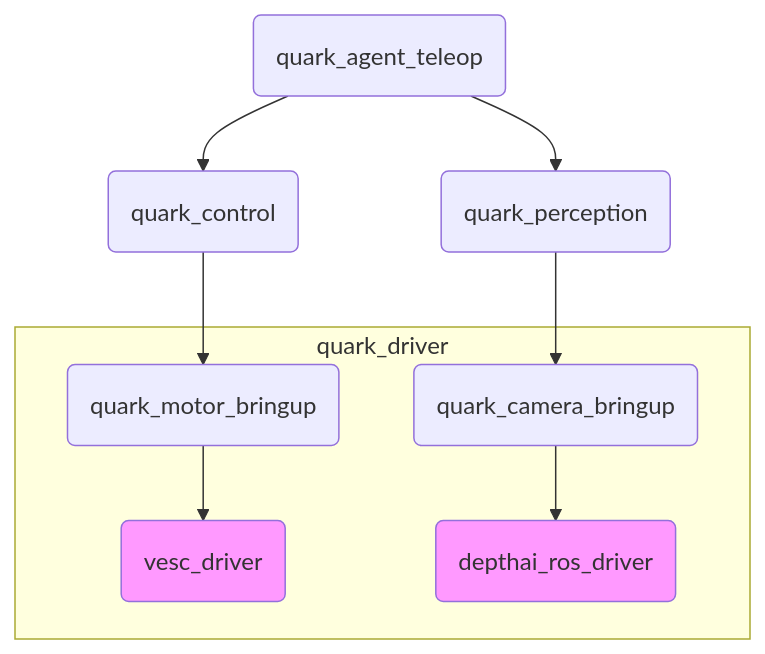
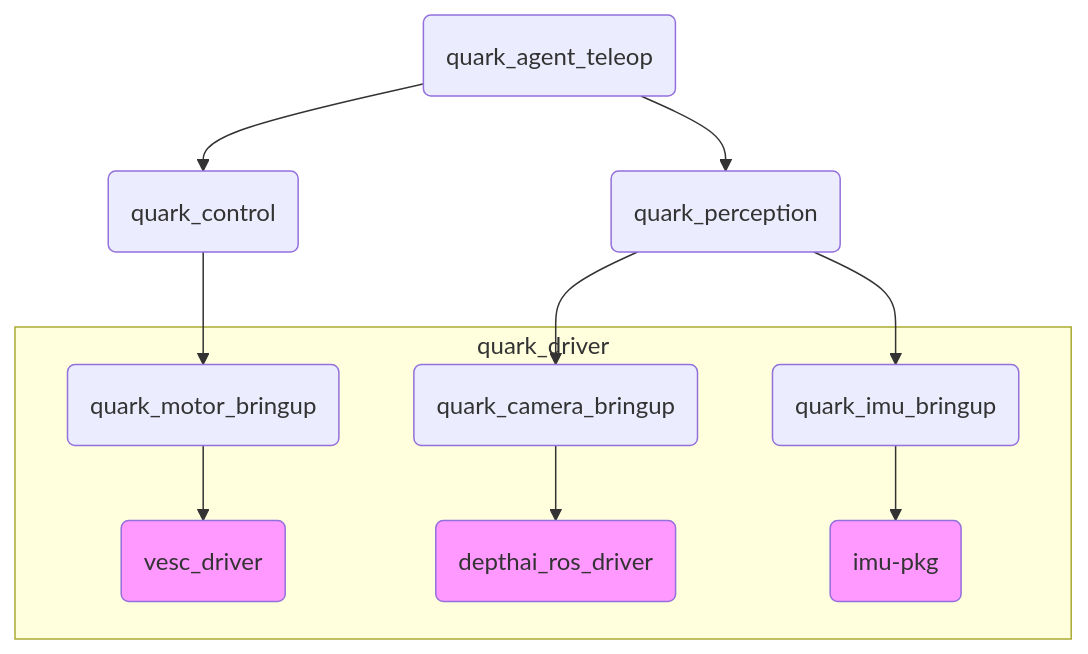
The diagram in code/README.md (FelipeGdM/quark), drawn with Mermaid before and after one commit.

````diff
--- a/code/README.md
+++ b/code/README.md
@@ -3,17 +3,21 @@
 ```mermaid
 flowchart TD
     agent_teleop(quark_agent_teleop) --> perception(quark_perception)
     agent_teleop --> control(quark_control)
-    perception --> camera(quark_camera_bringup)
-    control --> motor(quark_motor_bringup)
+    perception --> camera
+    control --> motor
+    perception --> imu
     subgraph quark_driver
         motor(quark_motor_bringup)
         camera(quark_camera_bringup)
+        imu(quark_imu_bringup)
         motor --> vesc(vesc_driver)
         camera --> depth_ai(depthai_ros_driver)
+        imu --> imu_vendor(imu-pkg)
     end
 
     classDef extDep fill:#f9f;
 
-    class vesc,depth_ai extDep;
+    class vesc,depth_ai,imu_vendor extDep;
+
 ```
````
